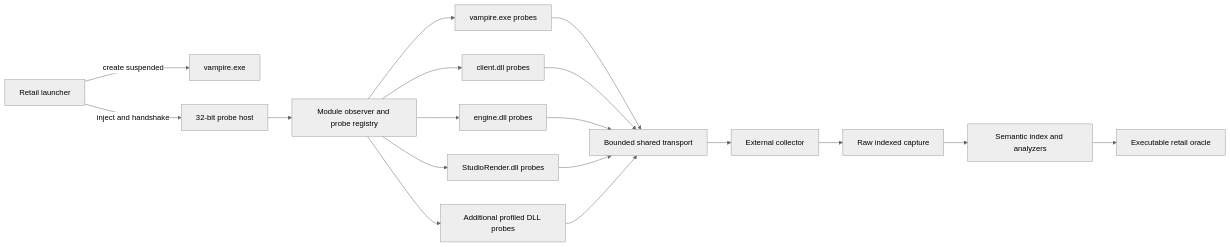
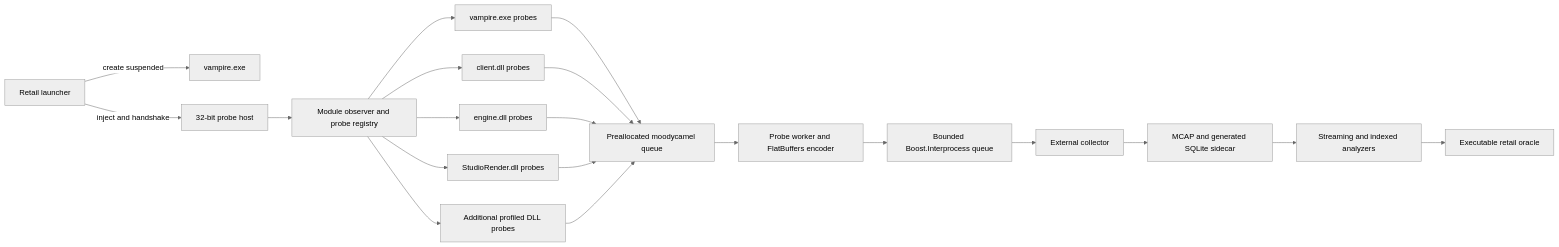
One commit to jlagedo/elysium-unreal changed the diagram in docs/project/retail-capture-roadmap.md. Above: the diagram before and after it, drawn with Mermaid (neutral theme). The commit also changed other lines of this file, not shown here.

Commit message:
docs: split capture tool integrations into executable slices

````diff
--- a/docs/project/retail-capture-roadmap.md
+++ b/docs/project/retail-capture-roadmap.md
@@ -121,20 +125,22 @@
 ```mermaid
 flowchart LR
     L["Retail launcher"] -->|"create suspended"| G["vampire.exe"]
     L -->|"inject and handshake"| H["32-bit probe host"]
     H --> M["Module observer and probe registry"]
     M --> V["vampire.exe probes"]
     M --> C["client.dll probes"]
     M --> E["engine.dll probes"]
     M --> S["StudioRender.dll probes"]
     M --> P["Additional profiled DLL probes"]
-    V --> T["Bounded shared transport"]
-    C --> T
-    E --> T
-    S --> T
-    P --> T
+    V --> Q["Preallocated moodycamel queue"]
+    C --> Q
+    E --> Q
+    S --> Q
+    P --> Q
+    Q --> F["Probe worker and FlatBuffers encoder"]
+    F --> T["Bounded Boost.Interprocess queue"]
     T --> W["External collector"]
-    W --> R["Raw indexed capture"]
-    R --> I["Semantic index and analyzers"]
+    W --> R["MCAP and generated SQLite sidecar"]
+    R --> I["Streaming and indexed analyzers"]
     I --> O["Executable retail oracle"]
 ```
````
